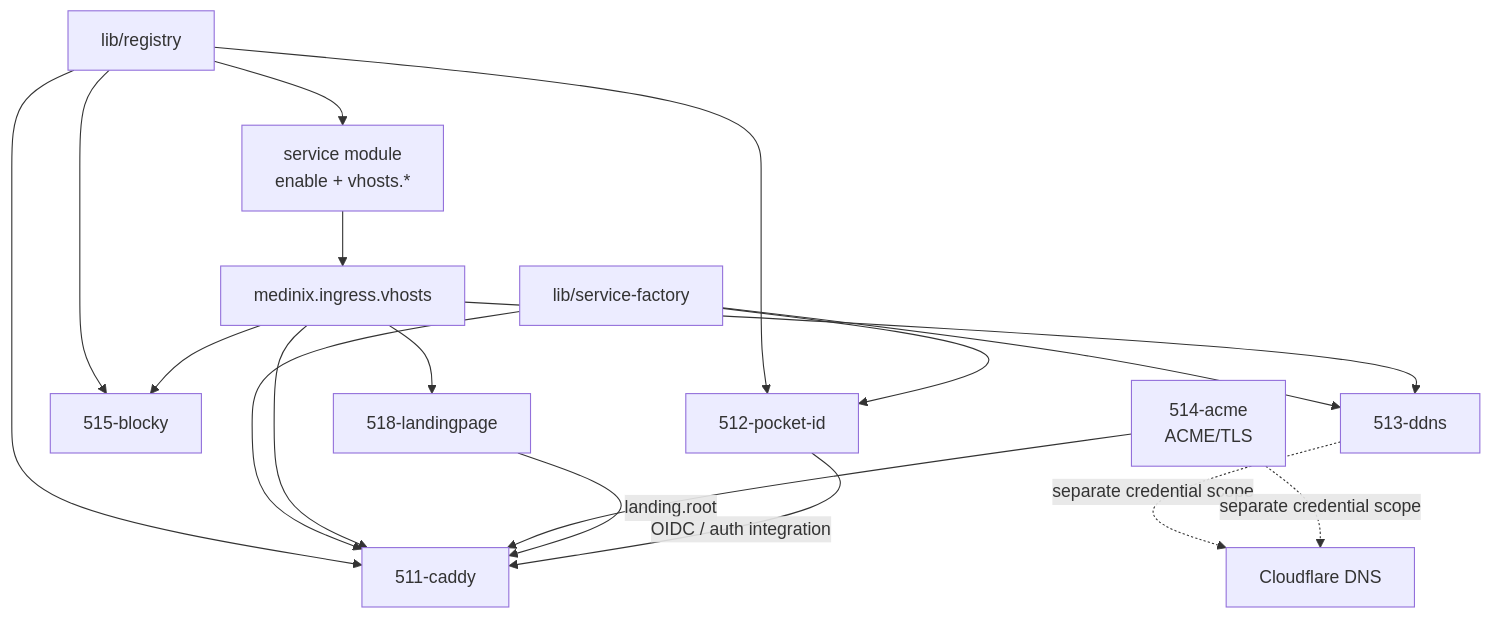
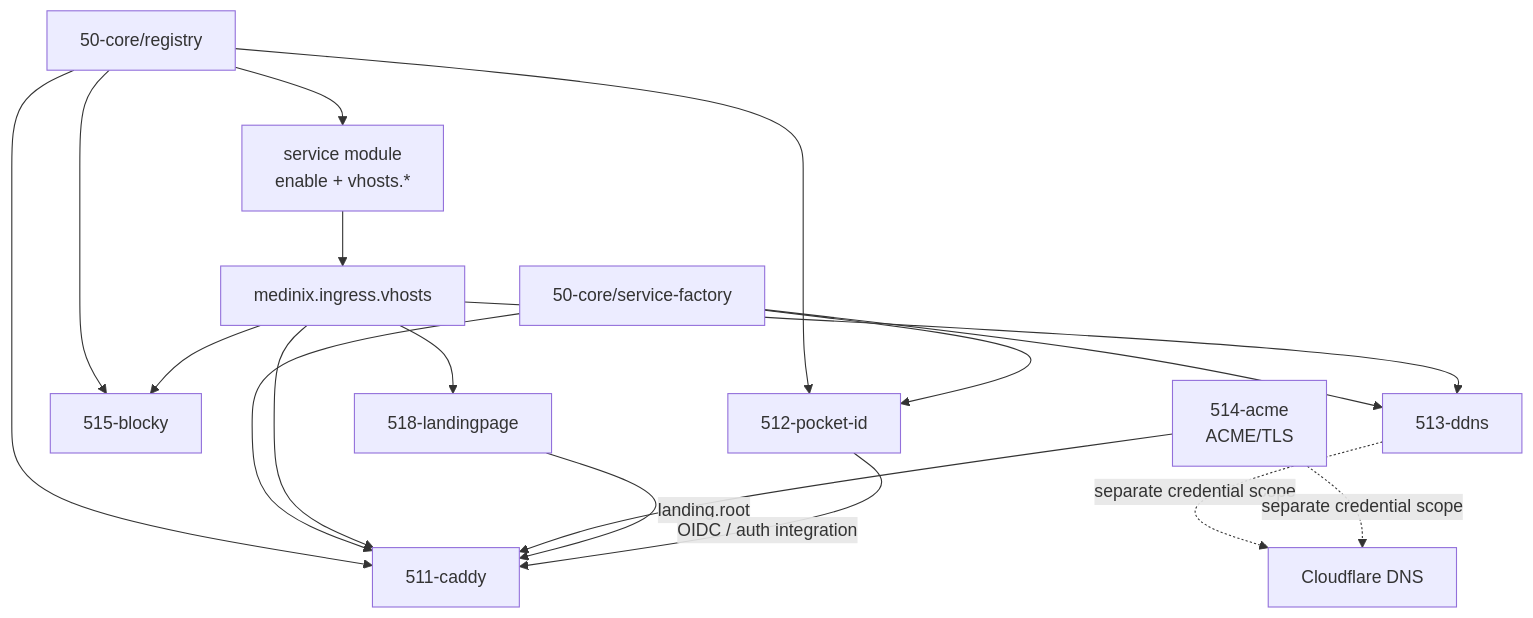
The diagram in 51-ingress/README.md (grapefruit89/mediNix-core), drawn with Mermaid before and after one commit. The commit also changed other lines of this file and 22 other files, not shown here.

````diff
--- a/51-ingress/README.md
+++ b/51-ingress/README.md
@@ -187,30 +187,30 @@
 ```mermaid
 graph TD
   SVC["service module<br/>enable + vhosts.*"] --> VH["medinix.ingress.vhosts"]
 
 
-  REG["lib/registry"] --> SVC
+  REG["50-core/registry"] --> SVC
   REG --> C511["511-caddy"]
   REG --> C512["512-pocket-id"]
   REG --> C515["515-blocky"]
 
 
-  FAC["lib/service-factory"] --> C511
+  FAC["50-core/service-factory"] --> C511
   FAC --> C512
   FAC --> C513["513-ddns"]
 
 
   VH --> C511
   VH --> C513
   VH --> C515
   VH --> C518["518-landingpage"]
 
 
   C514["514-acme<br/>ACME/TLS"] --> C511
   C518 -->|"landing.root"| C511
   C512 -->|"OIDC / auth integration"| C511
 
 
   C513 -.->|"separate credential scope"| CF["Cloudflare DNS"]
   C514 -.->|"separate credential scope"| CF
 ```
````
